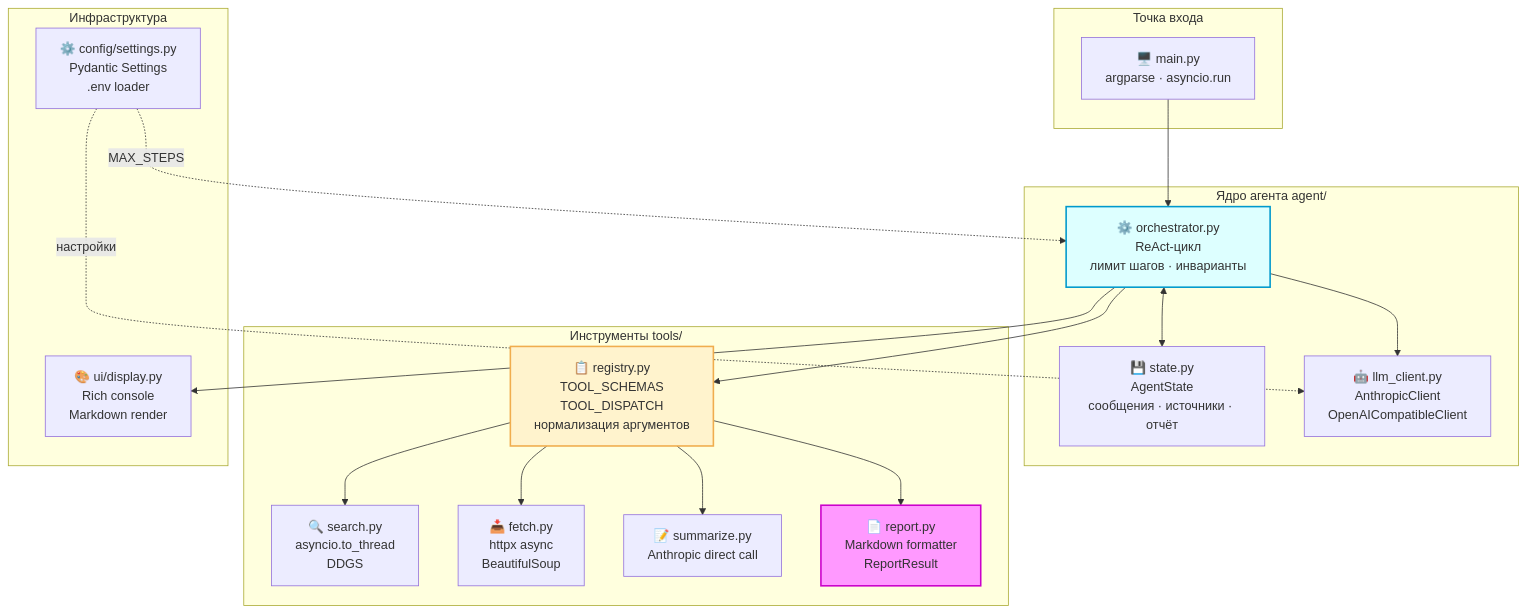
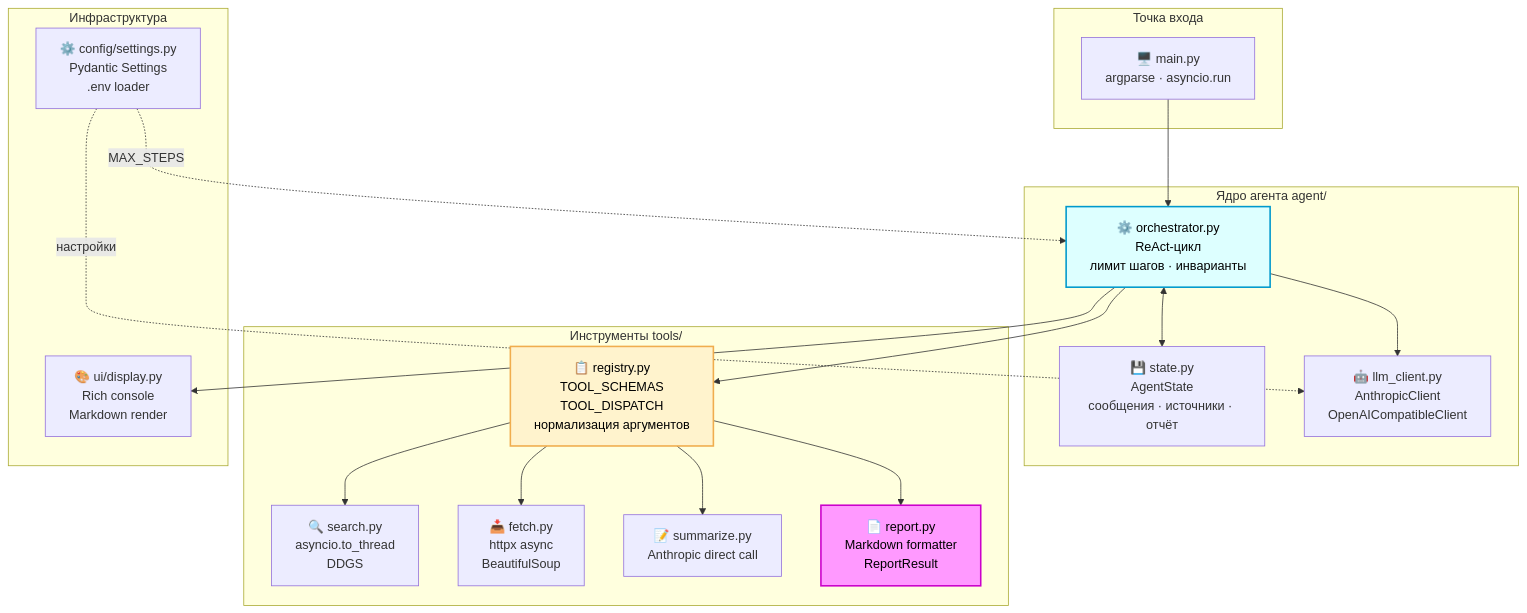
Before and after one commit to ivanshamaev/research-agent: the first of 2 diagrams in docs/02-architecture.md, drawn with Mermaid. The commit also changed 5 other files, not shown here.

````diff
--- a/docs/02-architecture.md
+++ b/docs/02-architecture.md
@@ -5,41 +5,41 @@
 ```mermaid
 graph TD
     subgraph entry["Точка входа"]
         CLI["🖥️ main.py\nargparse · asyncio.run"]
     end
 
     subgraph core["Ядро агента  agent/"]
         Orch["⚙️ orchestrator.py\nReAct-цикл\nлимит шагов · инварианты"]
         State["💾 state.py\nAgentState\nсообщения · источники · отчёт"]
         LLM["🤖 llm_client.py\nAnthropicClient\nOpenAICompatibleClient"]
     end
 
     subgraph tools["Инструменты  tools/"]
         Registry["📋 registry.py\nTOOL_SCHEMAS\nTOOL_DISPATCH\nнормализация аргументов"]
         Search["🔍 search.py\nasyncio.to_thread\nDDGS"]
         Fetch["📥 fetch.py\nhttpx async\nBeautifulSoup"]
         Summ["📝 summarize.py\nAnthropic direct call"]
         Report["📄 report.py\nMarkdown formatter\nReportResult"]
     end
 
     subgraph infra["Инфраструктура"]
         Config["⚙️ config/settings.py\nPydantic Settings\n.env loader"]
         UI["🎨 ui/display.py\nRich console\nMarkdown render"]
     end
 
     CLI --> Orch
     Orch <--> State
     Orch --> LLM
     Orch --> Registry
     Registry --> Search
     Registry --> Fetch
     Registry --> Summ
     Registry --> Report
     Config -.->|настройки| LLM
     Config -.->|MAX_STEPS| Orch
     Orch --> UI
 
-    style Report fill:#f9f,stroke:#c0c,stroke-width:2px
-    style Orch fill:#dff,stroke:#09c,stroke-width:2px
-    style Registry fill:#fff3cd,stroke:#f0ad4e,stroke-width:2px
+    style Report fill:#f9f,stroke:#c0c,stroke-width:2px,color:#000
+    style Orch fill:#dff,stroke:#09c,stroke-width:2px,color:#000
+    style Registry fill:#fff3cd,stroke:#f0ad4e,stroke-width:2px,color:#000
 ```
````
